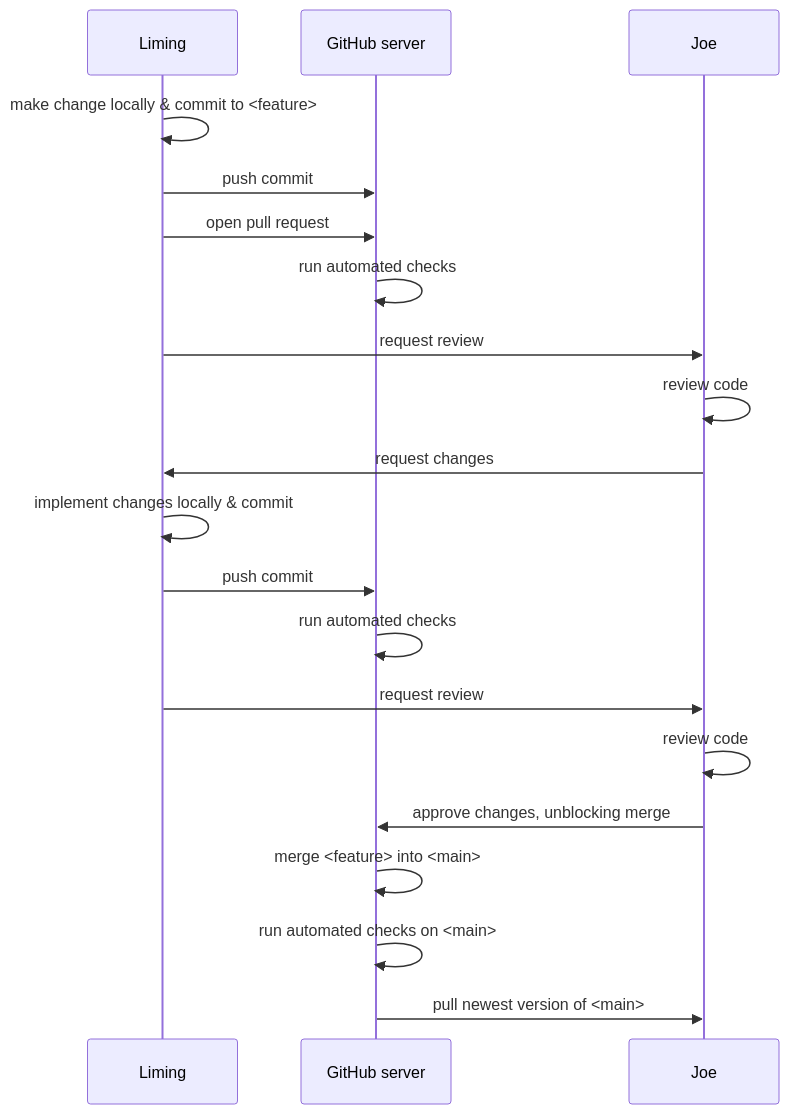
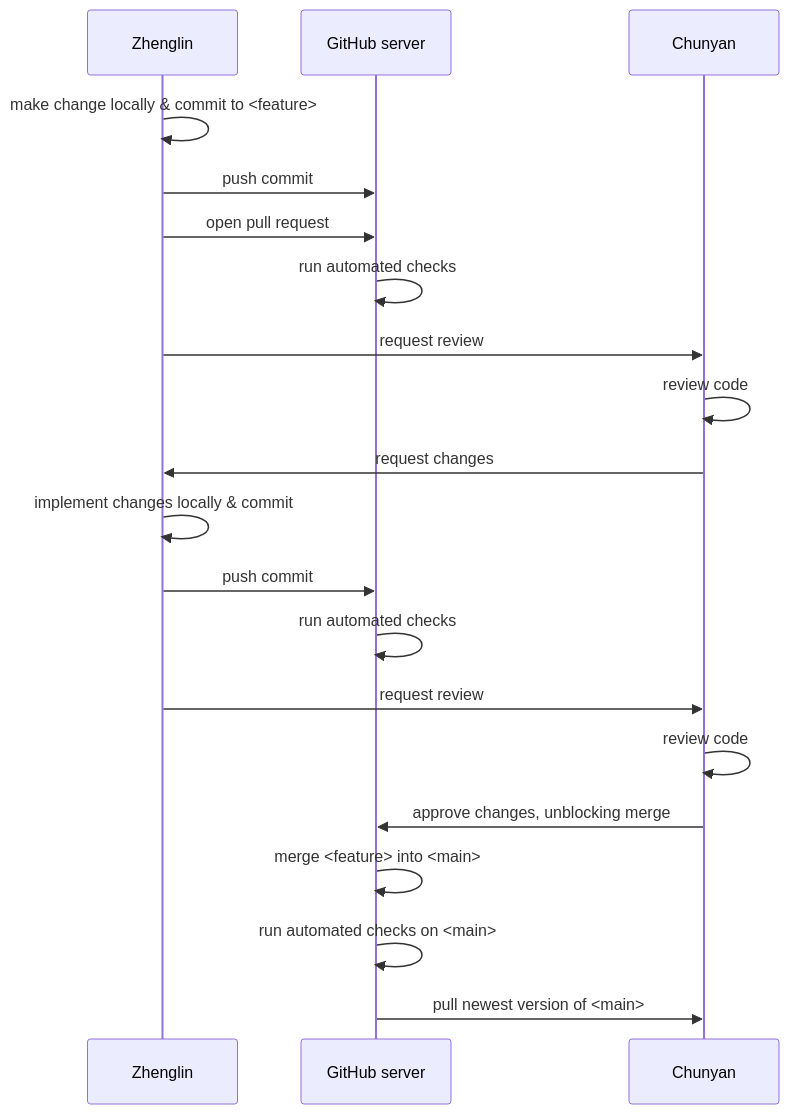
Before and after one commit to pharmarug/pharmasug2025-r-workshop: the sixth of 6 diagrams in slides/05_collaboration.qmd, drawn with Mermaid. The commit also changed other lines of this file and 1 other file, not shown here.

````diff
--- a/slides/05_collaboration.qmd
+++ b/slides/05_collaboration.qmd
@@ -322,22 +322,22 @@
 ```{mermaid}
 sequenceDiagram
-    participant S as Liming
+    participant S as Zhenglin
     participant GH as GitHub server
-    participant J as Joe
+    participant J as Chunyan
     S->>S: make change locally & commit to <feature>
     S->>GH: push commit
     S->>GH: open pull request
     GH->>GH: run automated checks
     S->>J: request review
     J->>J: review code
     J->>S: request changes
     S->>S: implement changes locally & commit
     S->>GH: push commit
     GH->>GH: run automated checks
     S->>J: request review
     J->>J: review code
     J->>GH: approve changes, unblocking merge
     GH->>GH: merge <feature> into <main>
     GH->>GH: run automated checks on <main>
     GH->>J: pull newest version of <main>
 ```
````
